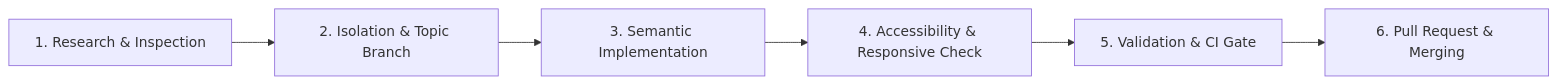
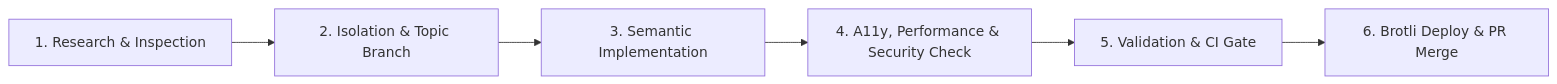
The diagram in AGENTS.md (AndreasBild/vokalis), drawn with Mermaid before and after one commit. The commit also changed other lines of this file and 4 other files, not shown here.

Commit message:
docs: enrich AGENTS.md, ARCHITECTURE.md, README.md, and agent rules with exact invariants, deployment, and security standards

````diff
--- a/AGENTS.md
+++ b/AGENTS.md
@@ -33,8 +48,8 @@
 ```mermaid
 flowchart LR
     S1[1. Research & Inspection] --> S2[2. Isolation & Topic Branch]
     S2 --> S3[3. Semantic Implementation]
-    S3 --> S4[4. Accessibility & Responsive Check]
+    S3 --> S4[4. A11y, Performance & Security Check]
     S4 --> S5[5. Validation & CI Gate]
-    S5 --> S6[6. Pull Request & Merging]
+    S5 --> S6[6. Brotli Deploy & PR Merge]
 ```
````
